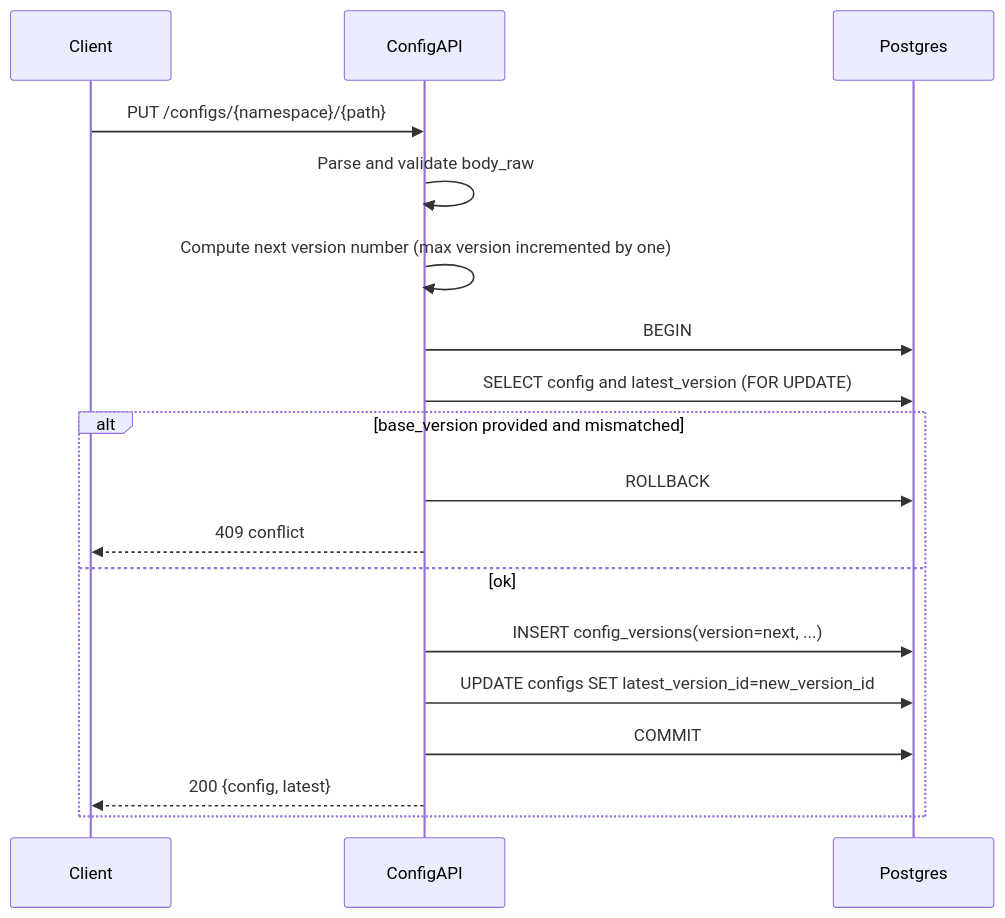
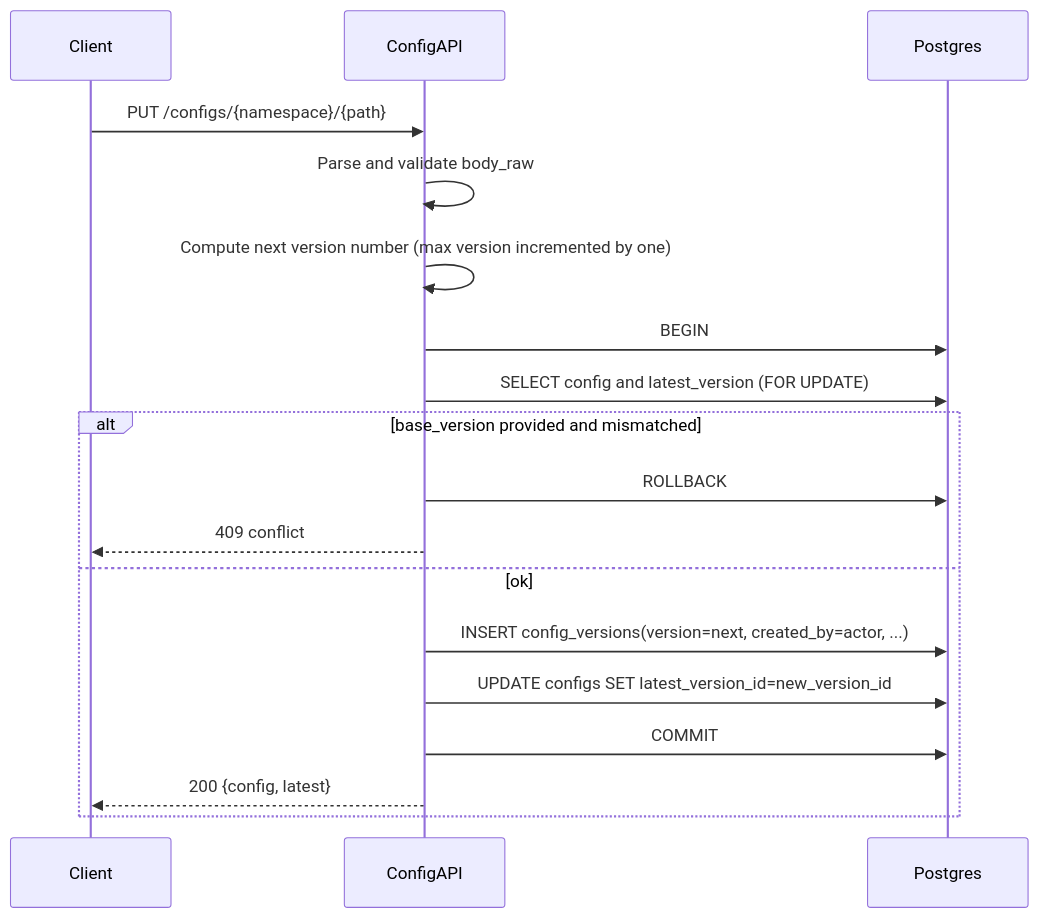
Before and after one commit to arverma/config-manager: the fourth of 6 diagrams in docs/architecture.md, drawn with Mermaid. The commit also changed other lines of this file and 2 other files, not shown here.

Commit message:
Updated the openAPI info.version: 0.2.0

````diff
--- a/docs/architecture.md
+++ b/docs/architecture.md
@@ -120,21 +155,21 @@
 ```mermaid
 sequenceDiagram
 participant C as Client
 participant A as ConfigAPI
 participant P as Postgres
 
 C->>A: PUT /configs/{namespace}/{path}
 A->>A: Parse and validate body_raw
 A->>A: Compute next version number (max version incremented by one)
 A->>P: BEGIN
 A->>P: SELECT config and latest_version (FOR UPDATE)
 alt base_version provided and mismatched
   A->>P: ROLLBACK
   A-->>C: 409 conflict
 else ok
-  A->>P: INSERT config_versions(version=next, ...)
+  A->>P: INSERT config_versions(version=next, created_by=actor, ...)
   A->>P: UPDATE configs SET latest_version_id=new_version_id
   A->>P: COMMIT
   A-->>C: 200 {config, latest}
 end
 ```
````
